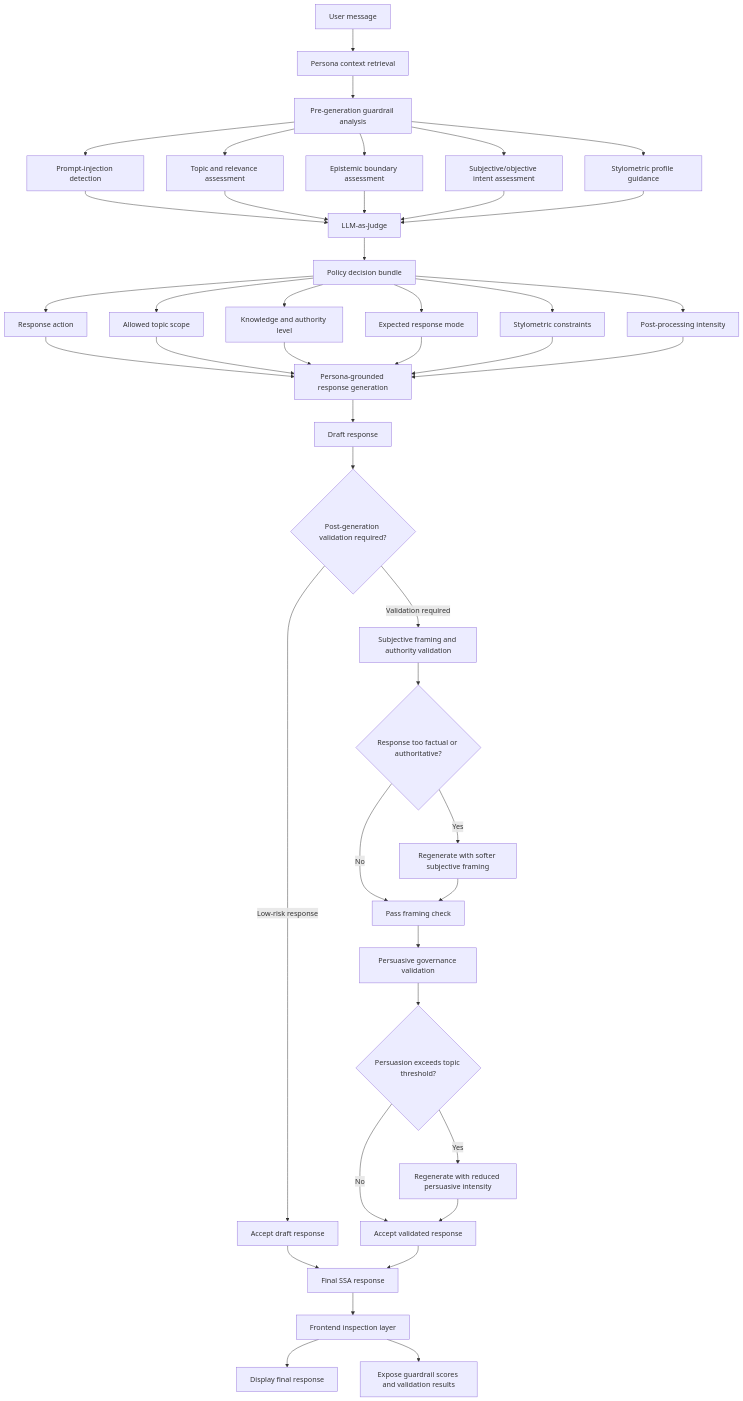
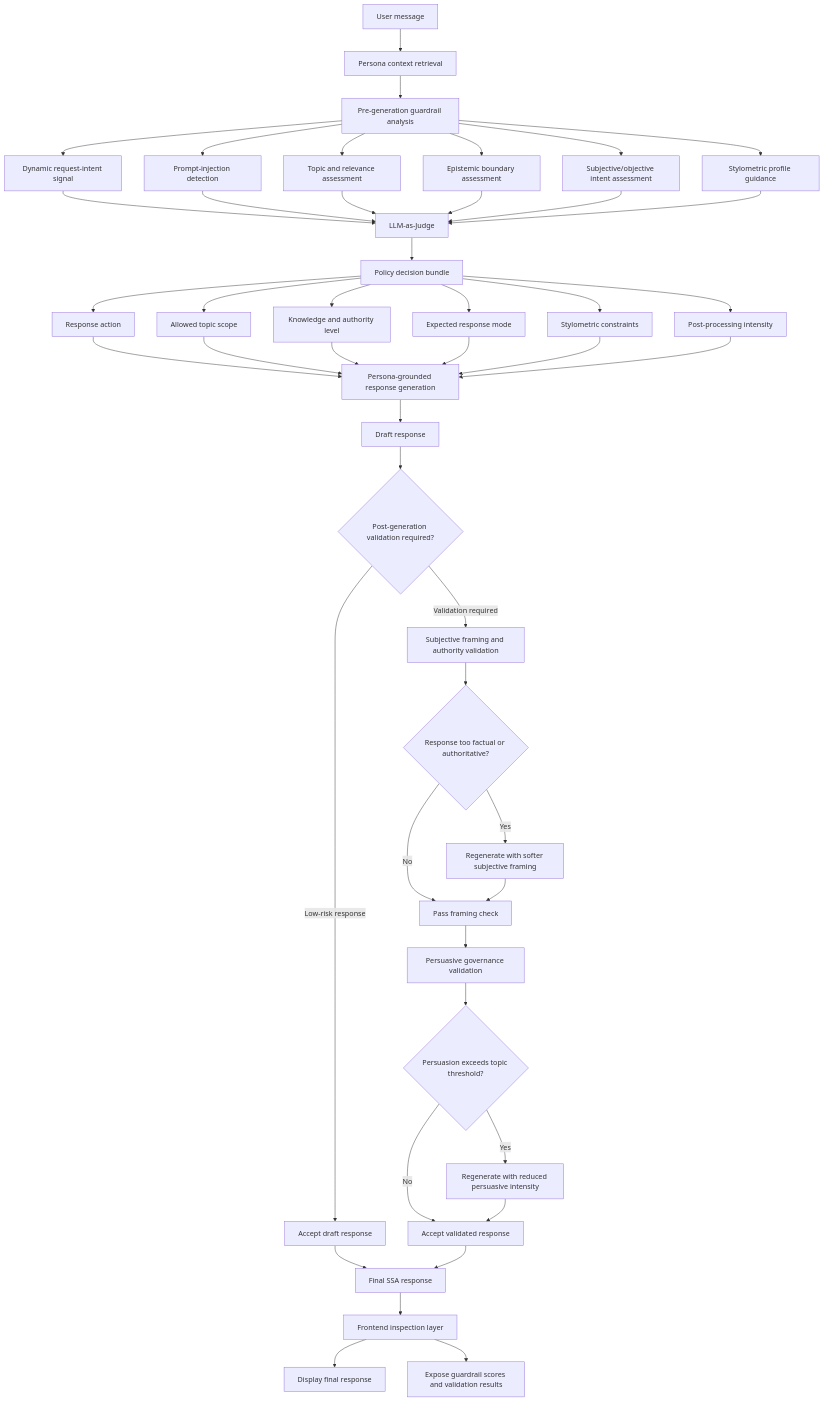
One commit to JelleTuls/Safeguarding-Synthetic-Agency changed the diagram in docs/ssa-guardrail-flow.md. Above: the diagram before and after it, drawn with Mermaid. The commit also changed other lines of this file and 192 other files, not shown here.

````diff
--- a/docs/ssa-guardrail-flow.md
+++ b/docs/ssa-guardrail-flow.md
@@ -13,59 +13,61 @@
 ```mermaid
 flowchart TD
     A[User message] --> B[Persona context retrieval]
 
     B --> C[Pre-generation guardrail analysis]
 
+    C --> C0[Dynamic request-intent signal]
     C --> C1[Prompt-injection detection]
     C --> C2[Topic and relevance assessment]
     C --> C3[Epistemic boundary assessment]
     C --> C4[Subjective/objective intent assessment]
     C --> C5[Stylometric profile guidance]
 
-    C1 --> D[LLM-as-Judge]
+    C0 --> D[LLM-as-Judge]
+    C1 --> D
     C2 --> D
     C3 --> D
     C4 --> D
     C5 --> D
 
     D --> E[Policy decision bundle]
 
     E --> E1[Response action]
     E --> E2[Allowed topic scope]
     E --> E3[Knowledge and authority level]
     E --> E4[Expected response mode]
     E --> E5[Stylometric constraints]
     E --> E6[Post-processing intensity]
 
     E1 --> F[Persona-grounded response generation]
     E2 --> F
     E3 --> F
     E4 --> F
     E5 --> F
     E6 --> F
 
     F --> G[Draft response]
 
     G --> H{Post-generation validation required?}
 
     H -->|Low-risk response| I[Accept draft response]
 
     H -->|Validation required| J[Subjective framing and authority validation]
     J --> K{Response too factual or authoritative?}
     K -->|Yes| L[Regenerate with softer subjective framing]
     K -->|No| M[Pass framing check]
     L --> M
 
     M --> N[Persuasive governance validation]
     N --> O{Persuasion exceeds topic threshold?}
     O -->|Yes| P[Regenerate with reduced persuasive intensity]
     O -->|No| Q[Accept validated response]
     P --> Q
 
     I --> R[Final SSA response]
     Q --> R
 
     R --> S[Frontend inspection layer]
     S --> S1[Display final response]
     S --> S2[Expose guardrail scores and validation results]
 ```
````
